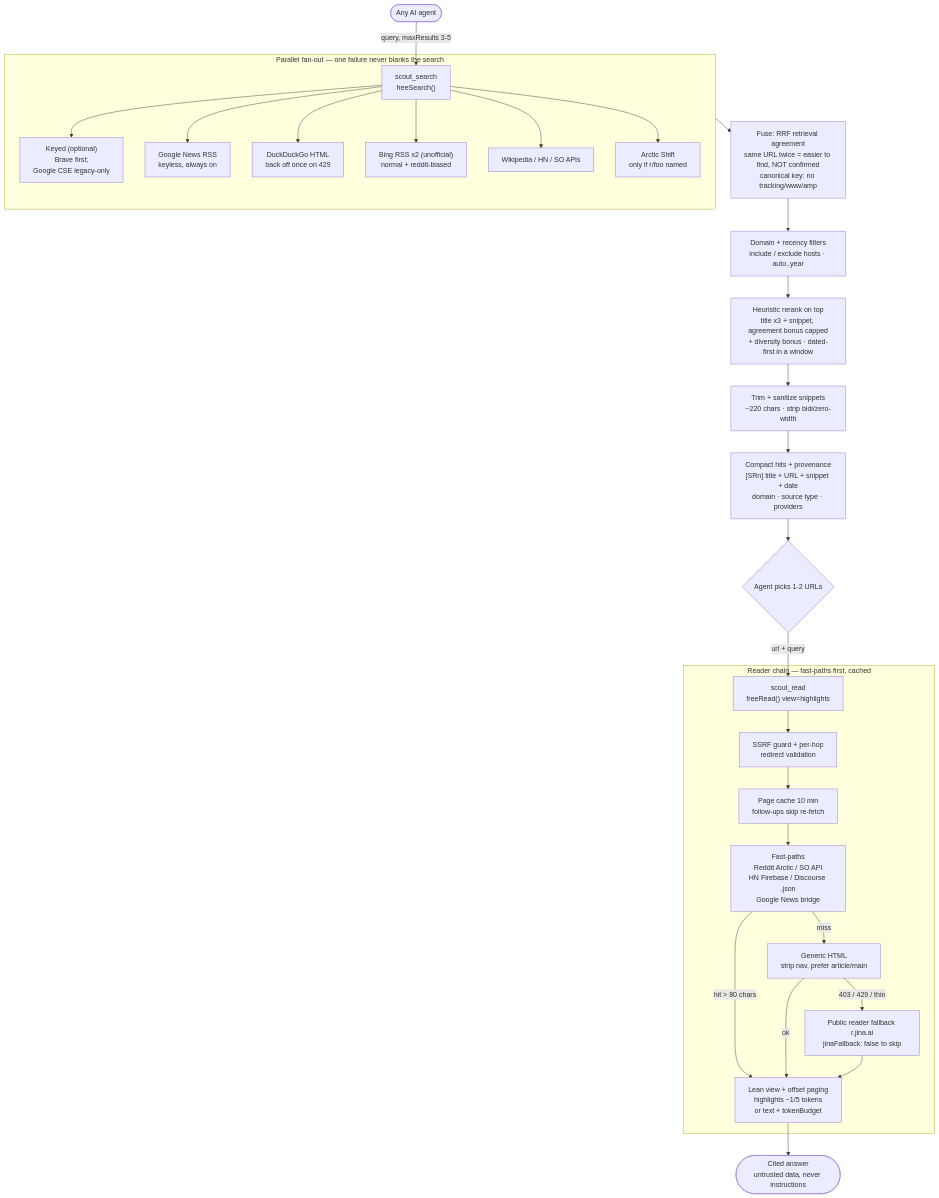
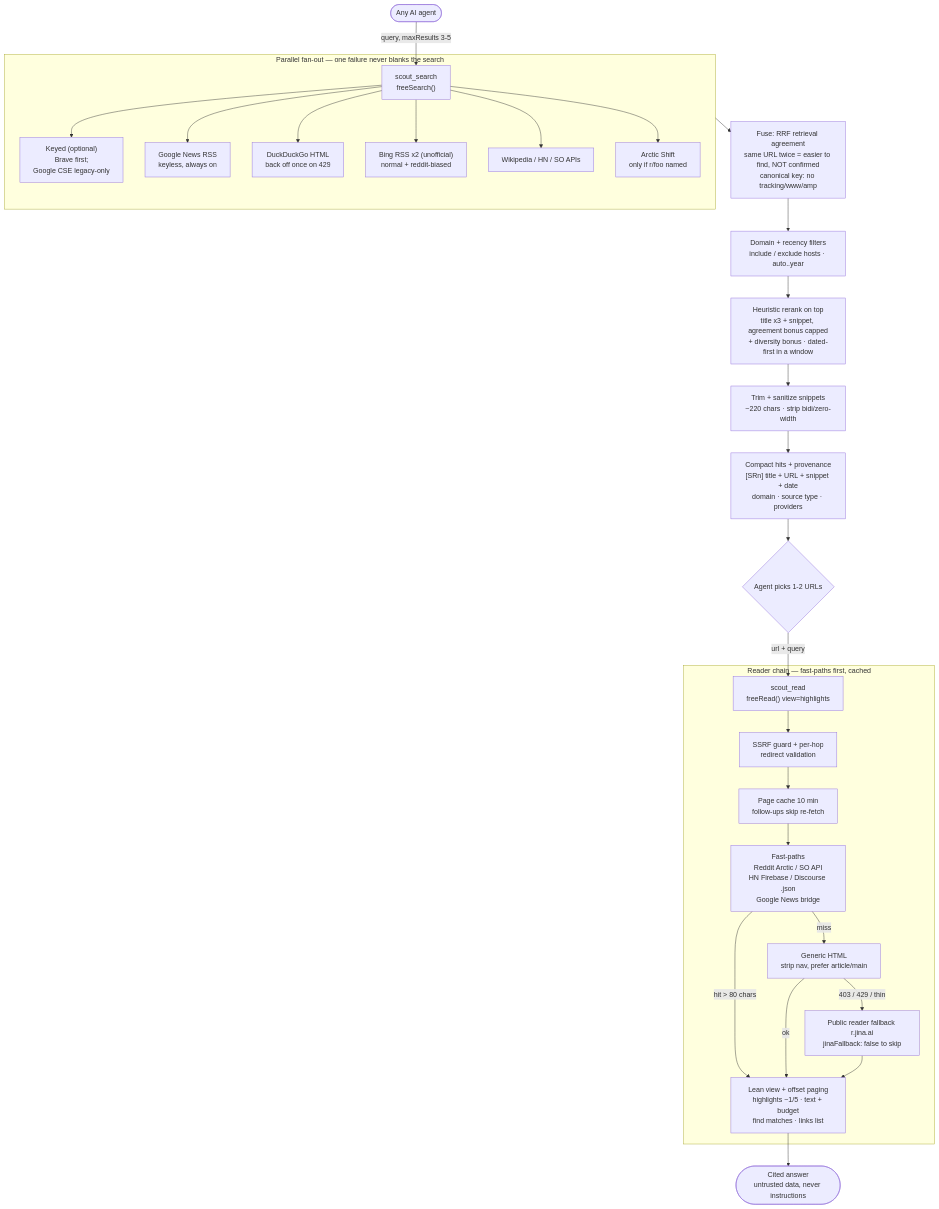
Before and after one commit to LastElbow/Scout-dsh: the diagram in README.md, drawn with Mermaid. The commit also changed other lines of this file and 6 other files, not shown here.

Commit message:
Reader links traversal + find + tables + Jina signed-URL guard (closes #5)

````diff
--- a/README.md
+++ b/README.md
@@ -17,35 +17,35 @@
 ```mermaid
 flowchart TD
     Agent(["Any AI agent"]) -->|query, maxResults 3-5| S["scout_search<br/>freeSearch()"]
 
     subgraph Fanout ["Parallel fan-out — one failure never blanks the search"]
         S --> K["Keyed (optional)<br/>Brave first;<br/>Google CSE legacy-only"]
         S --> N["Google News RSS<br/>keyless, always on"]
         S --> D["DuckDuckGo HTML<br/>back off once on 429"]
         S --> B["Bing RSS x2 (unofficial)<br/>normal + reddit-biased"]
         S --> W["Wikipedia / HN / SO APIs"]
         S --> A["Arctic Shift<br/>only if r/foo named"]
     end
 
     Fanout --> I["Fuse: RRF retrieval agreement<br/>same URL twice = easier to find, NOT confirmed<br/>canonical key: no tracking/www/amp"]
     I --> F["Domain + recency filters<br/>include / exclude hosts · auto..year"]
     F --> R["Heuristic rerank on top<br/>title x3 + snippet, agreement bonus capped<br/>+ diversity bonus · dated-first in a window"]
     R --> T["Trim + sanitize snippets<br/>~220 chars · strip bidi/zero-width"]
     T --> Hits["Compact hits + provenance<br/>[SRn] title + URL + snippet + date<br/>domain · source type · providers"]
 
     Hits --> Pick{"Agent picks 1-2 URLs"}
     Pick -->|url + query| RD["scout_read<br/>freeRead() view=highlights"]
 
     subgraph Reader ["Reader chain — fast-paths first, cached"]
         RD --> Guard["SSRF guard + per-hop<br/>redirect validation"]
         Guard --> Cache["Page cache 10 min<br/>follow-ups skip re-fetch"]
         Cache --> Fast["Fast-paths<br/>Reddit Arctic / SO API<br/>HN Firebase / Discourse .json<br/>Google News bridge"]
         Fast -->|hit > 80 chars| Lean
         Fast -->|miss| Gen["Generic HTML<br/>strip nav, prefer article/main"]
-        Gen -->|ok| Lean["Lean view + offset paging<br/>highlights ~1/5 tokens<br/>or text + tokenBudget"]
+        Gen -->|ok| Lean["Lean view + offset paging<br/>highlights ~1/5 · text + budget<br/>find matches · links list"]
         Gen -->|403 / 429 / thin| Jina["Public reader fallback r.jina.ai<br/>jinaFallback: false to skip"]
         Jina --> Lean
     end
 
     Lean --> Answer(["Cited answer<br/>untrusted data, never instructions"])
 ```
````
